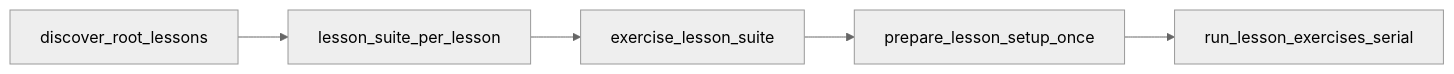
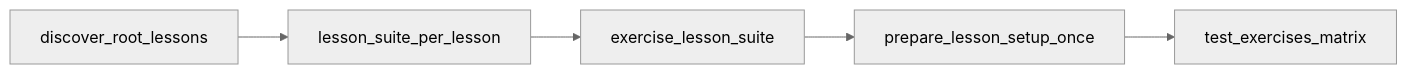
The diagram in docs/teacher-guide.md (morbargig/linux-practice), drawn with Mermaid (neutral theme) before and after one commit. The commit also changed other lines of this file and 6 other files, not shown here.

````diff
--- a/docs/teacher-guide.md
+++ b/docs/teacher-guide.md
@@ -86,12 +86,12 @@
 ```mermaid
 flowchart LR
   discoverRoot[discover_root_lessons]
   lessonWave[lesson_suite_per_lesson]
   reusableRun[exercise_lesson_suite]
   prepareLab[prepare_lesson_setup_once]
-  exercisesInner[run_lesson_exercises_serial]
+  exercisesInner[test_exercises_matrix]
   discoverRoot --> lessonWave
   lessonWave --> reusableRun
   reusableRun --> prepareLab
   prepareLab --> exercisesInner
 ```
````
